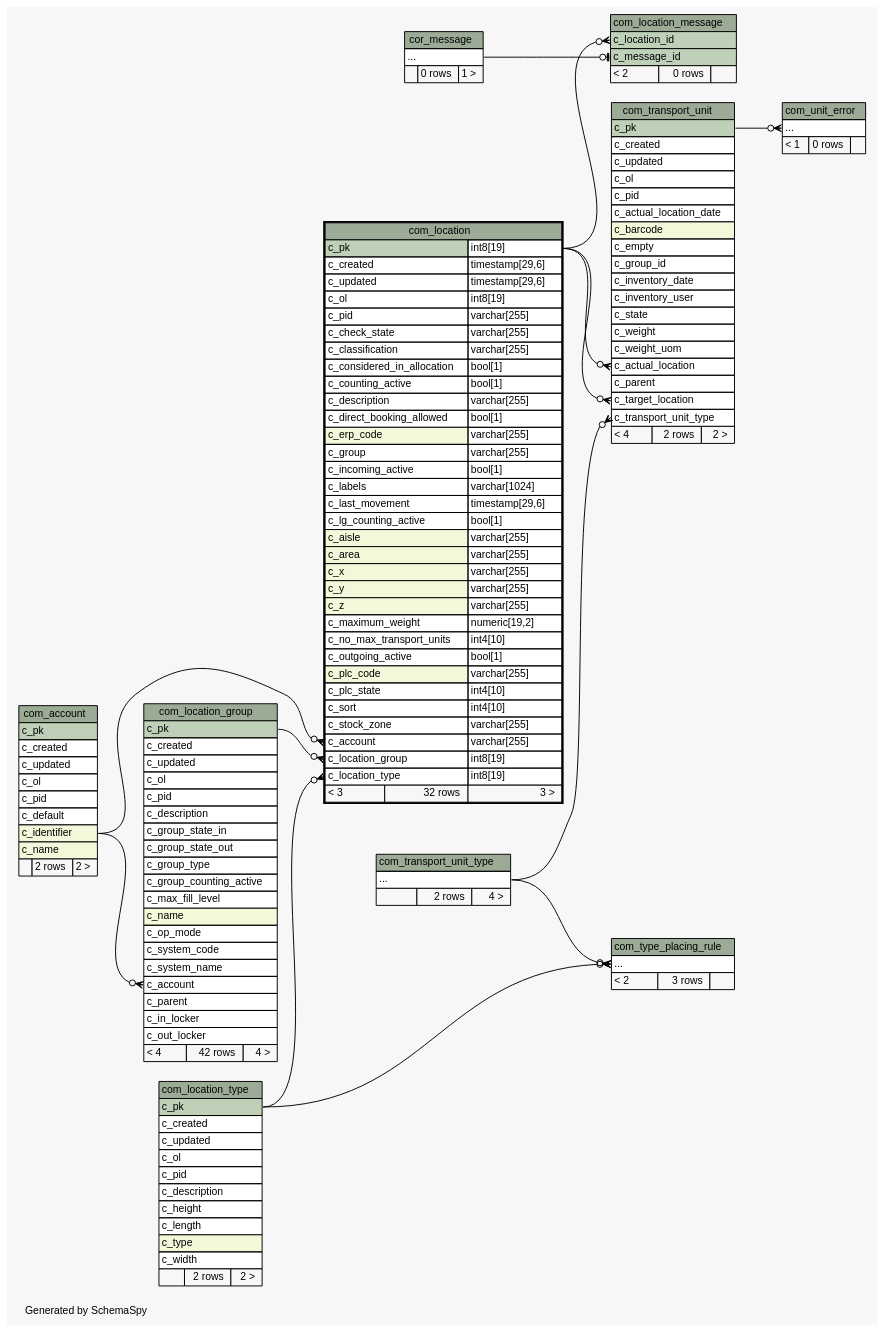
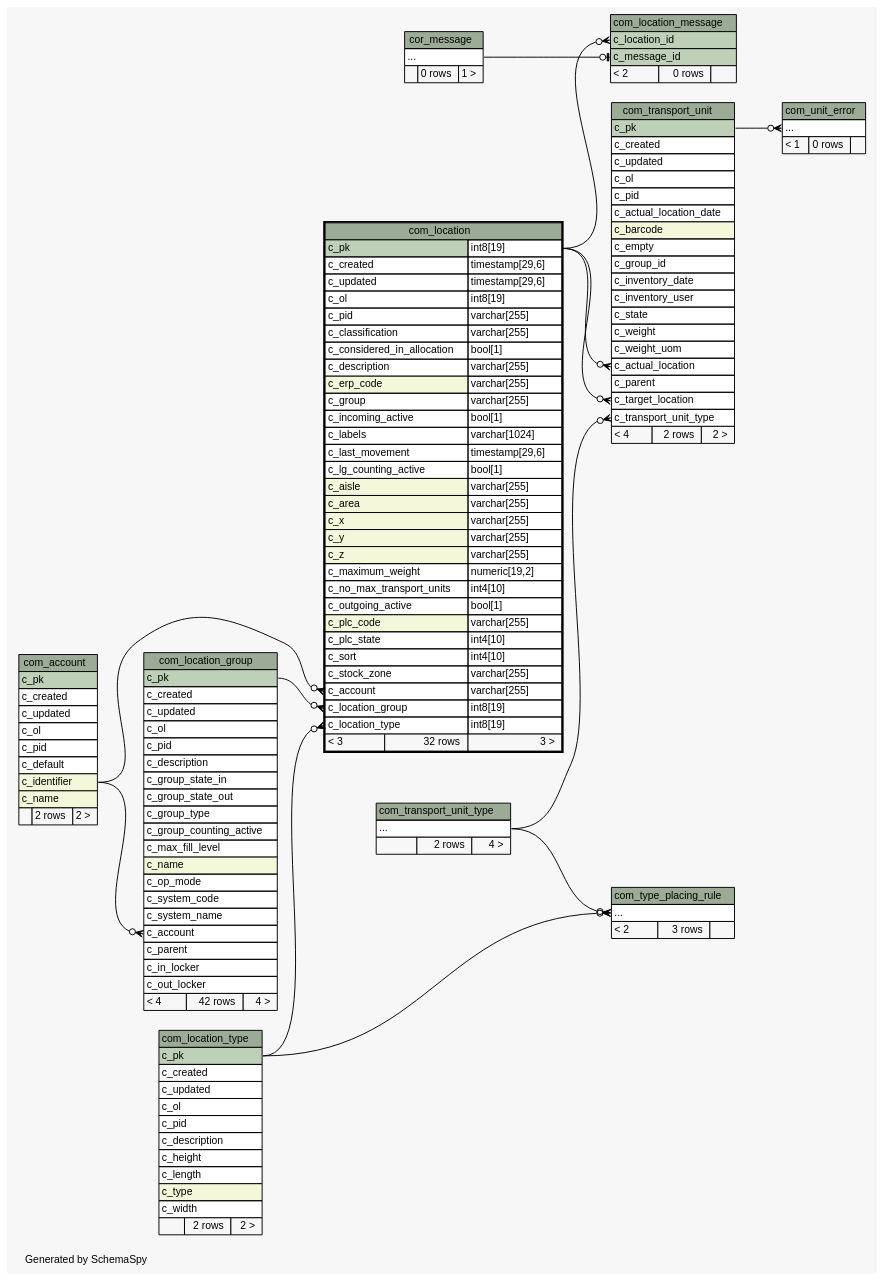
Before and after one commit to openwms/org.openwms.common.service.lib: the diagram in 2.0.0-SNAPSHOT/schemaspy/diagrams/com_location.2degrees.dot, drawn with Graphviz. The commit also changed 504 other files, not shown here.

```diff
--- a/2.0.0-SNAPSHOT/schemaspy/diagrams/com_location.2degrees.dot
+++ b/2.0.0-SNAPSHOT/schemaspy/diagrams/com_location.2degrees.dot
@@ -57,12 +57,9 @@
       <TR><TD PORT="c_updated" COLSPAN="2" ALIGN="LEFT">c_updated</TD><TD PORT="c_updated.type" ALIGN="LEFT">timestamp[29,6]</TD></TR>
       <TR><TD PORT="c_ol" COLSPAN="2" ALIGN="LEFT">c_ol</TD><TD PORT="c_ol.type" ALIGN="LEFT">int8[19]</TD></TR>
       <TR><TD PORT="c_pid" COLSPAN="2" ALIGN="LEFT">c_pid</TD><TD PORT="c_pid.type" ALIGN="LEFT">varchar[255]</TD></TR>
-      <TR><TD PORT="c_check_state" COLSPAN="2" ALIGN="LEFT">c_check_state</TD><TD PORT="c_check_state.type" ALIGN="LEFT">varchar[255]</TD></TR>
       <TR><TD PORT="c_classification" COLSPAN="2" ALIGN="LEFT">c_classification</TD><TD PORT="c_classification.type" ALIGN="LEFT">varchar[255]</TD></TR>
       <TR><TD PORT="c_considered_in_allocation" COLSPAN="2" ALIGN="LEFT">c_considered_in_allocation</TD><TD PORT="c_considered_in_allocation.type" ALIGN="LEFT">bool[1]</TD></TR>
-      <TR><TD PORT="c_counting_active" COLSPAN="2" ALIGN="LEFT">c_counting_active</TD><TD PORT="c_counting_active.type" ALIGN="LEFT">bool[1]</TD></TR>
       <TR><TD PORT="c_description" COLSPAN="2" ALIGN="LEFT">c_description</TD><TD PORT="c_description.type" ALIGN="LEFT">varchar[255]</TD></TR>
-      <TR><TD PORT="c_direct_booking_allowed" COLSPAN="2" ALIGN="LEFT">c_direct_booking_allowed</TD><TD PORT="c_direct_booking_allowed.type" ALIGN="LEFT">bool[1]</TD></TR>
       <TR><TD PORT="c_erp_code" COLSPAN="2" BGCOLOR="#f4f7da" ALIGN="LEFT">c_erp_code</TD><TD PORT="c_erp_code.type" ALIGN="LEFT">varchar[255]</TD></TR>
       <TR><TD PORT="c_group" COLSPAN="2" ALIGN="LEFT">c_group</TD><TD PORT="c_group.type" ALIGN="LEFT">varchar[255]</TD></TR>
       <TR><TD PORT="c_incoming_active" COLSPAN="2" ALIGN="LEFT">c_incoming_active</TD><TD PORT="c_incoming_active.type" ALIGN="LEFT">bool[1]</TD></TR>
```
